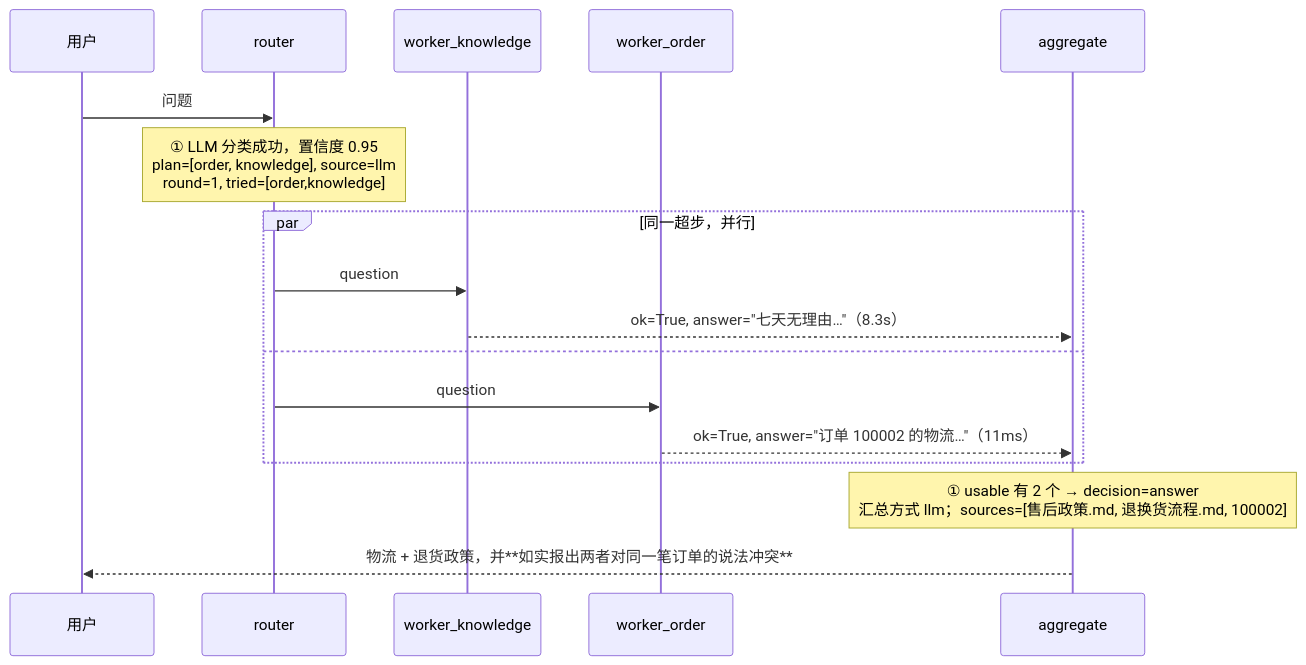
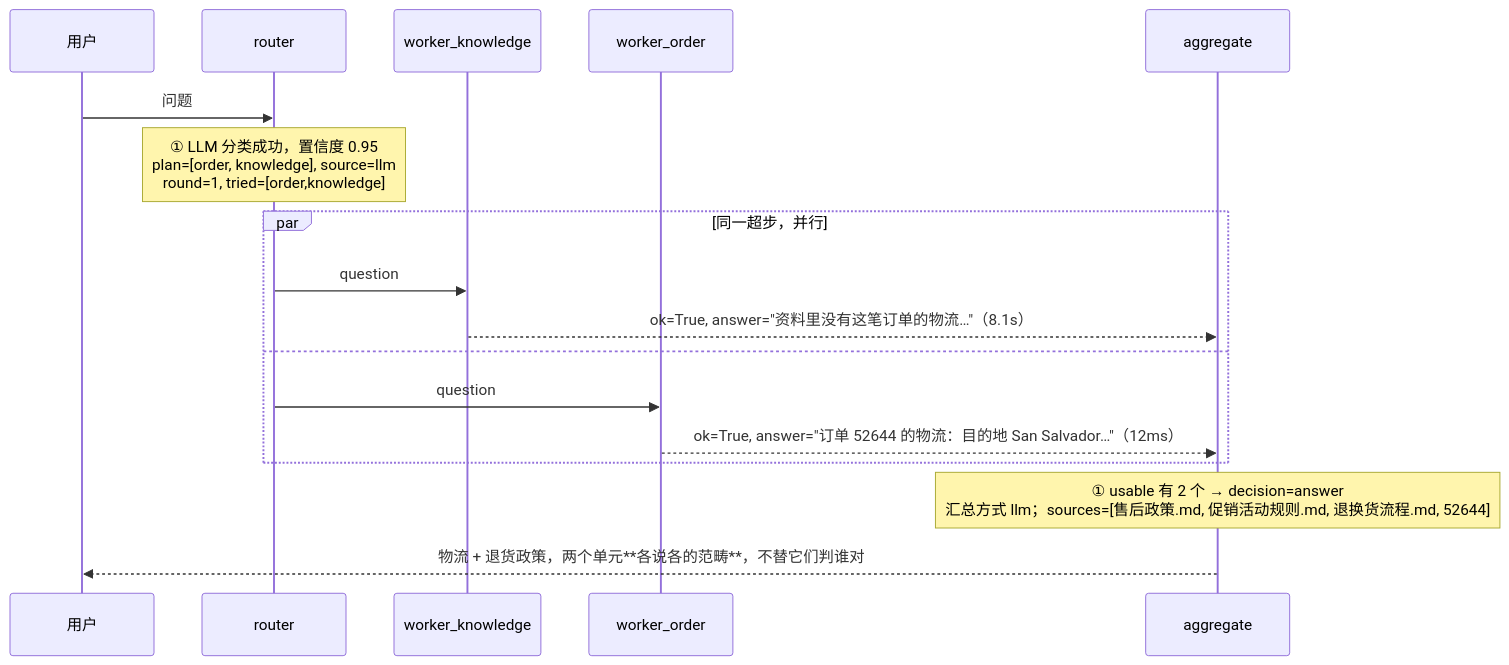
Before and after one commit to My16210/ecommerce-multi-agent-cs: the third of 3 diagrams in FLOWCHART.md, drawn with Mermaid. The commit also changed other lines of this file and 2 other files, not shown here.

````diff
--- a/FLOWCHART.md
+++ b/FLOWCHART.md
@@ -133,20 +133,20 @@
 ```mermaid
 sequenceDiagram
     participant U as 用户
     participant R as router
     participant K as worker_knowledge
     participant O as worker_order
     participant A as aggregate
 
     U->>R: 问题
     Note over R: ① LLM 分类成功，置信度 0.95<br>plan=[order, knowledge], source=llm<br>round=1, tried=[order,knowledge]
     par 同一超步，并行
         R->>K: question
-        K-->>A: ok=True, answer="七天无理由…"（8.3s）
+        K-->>A: ok=True, answer="资料里没有这笔订单的物流…"（8.1s）
     and
         R->>O: question
-        O-->>A: ok=True, answer="订单 100002 的物流…"（11ms）
+        O-->>A: ok=True, answer="订单 52644 的物流：目的地 San Salvador…"（12ms）
     end
-    Note over A: ① usable 有 2 个 → decision=answer<br>汇总方式 llm；sources=[售后政策.md, 退换货流程.md, 100002]
-    A-->>U: 物流 + 退货政策，并**如实报出两者对同一笔订单的说法冲突**
+    Note over A: ① usable 有 2 个 → decision=answer<br>汇总方式 llm；sources=[售后政策.md, 促销活动规则.md, 退换货流程.md, 52644]
+    A-->>U: 物流 + 退货政策，两个单元**各说各的范畴**，不替它们判谁对
 ```
````
